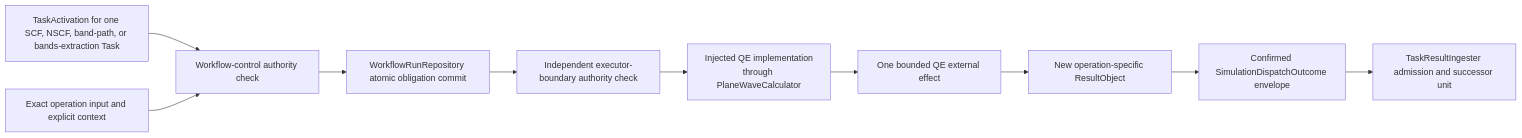
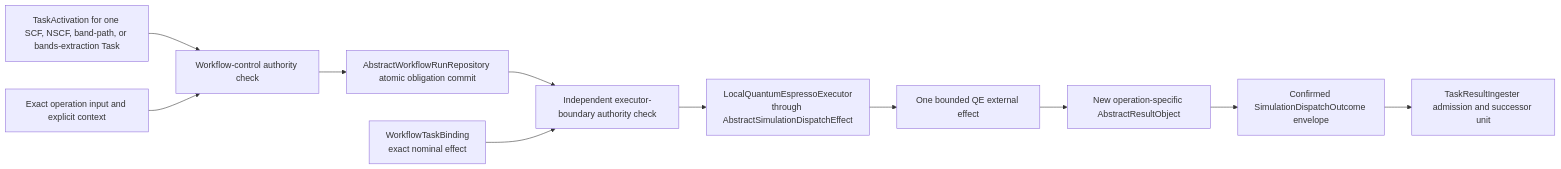
The second of 2 diagrams in docs/architecture/v2/ksdft2effmass/workflows/simulation-task-model.md (eragasa/ksdft2effmass), drawn with Mermaid before and after one commit. The commit also changed other lines of this file and 94 other files, not shown here.

Commit message:
docs(architecture): close nominal ABC migration gate

````diff
--- a/docs/architecture/v2/ksdft2effmass/workflows/simulation-task-model.md
+++ b/docs/architecture/v2/ksdft2effmass/workflows/simulation-task-model.md
@@ -144,12 +129,13 @@
 ```mermaid
 flowchart LR
     activation["TaskActivation for one SCF, NSCF, band-path, or bands-extraction Task"] --> control["Workflow-control authority check"]
     input["Exact operation input and explicit context"] --> control
-    control --> commit["WorkflowRunRepository atomic obligation commit"]
+    control --> commit["AbstractWorkflowRunRepository atomic obligation commit"]
     commit --> executor_check["Independent executor-boundary authority check"]
-    executor_check --> executor["Injected QE implementation<br/>through PlaneWaveCalculator"]
+    binding["WorkflowTaskBinding<br/>exact nominal effect"] --> executor_check
+    executor_check --> executor["LocalQuantumEspressoExecutor<br/>through AbstractSimulationDispatchEffect"]
     executor --> effect["One bounded QE external effect"]
-    effect --> output["New operation-specific ResultObject"]
+    effect --> output["New operation-specific AbstractResultObject"]
     output --> outcome["Confirmed SimulationDispatchOutcome envelope"]
     outcome --> ingress["TaskResultIngester admission and successor unit"]
 ```
````
